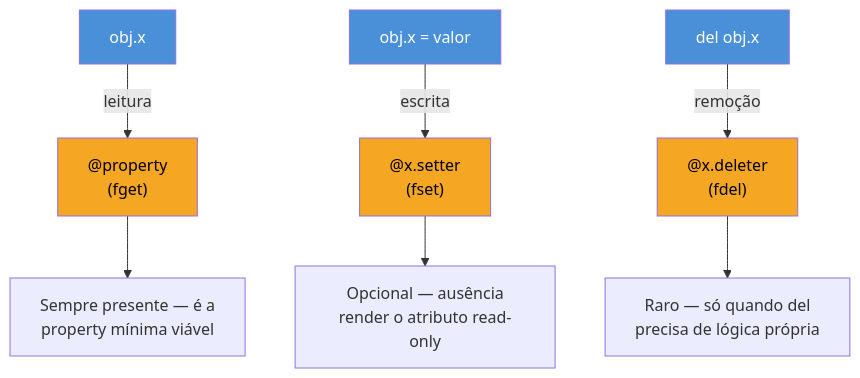
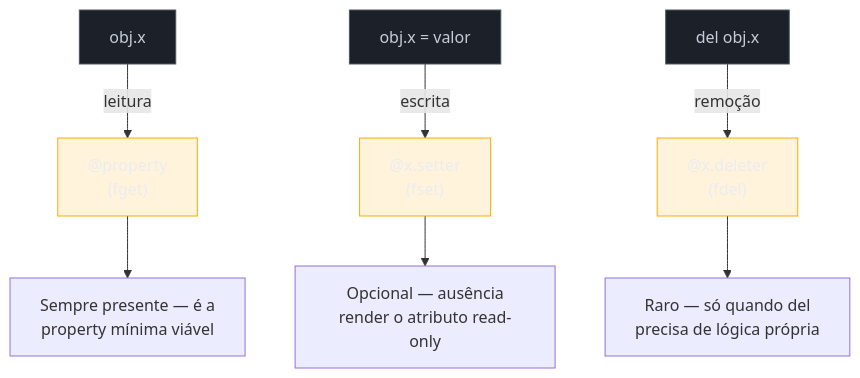
One commit to josenaldo/codex-technomanticus changed the second of 3 diagrams in 03-Dominios/Tecnologia/Python/OO e Data Model/04 - Properties e encapsulamento.md. Above: the diagram before and after it, drawn with Mermaid. The commit also changed other lines of this file and 1181 other files, not shown here.

First line of the commit message:
fix(diagramas): paleta do sistema no lugar de cor cravada no markdown

````diff
--- a/03-Dominios/Tecnologia/Python/OO e Data Model/04 - Properties e encapsulamento.md
+++ b/03-Dominios/Tecnologia/Python/OO e Data Model/04 - Properties e encapsulamento.md
@@ -246,17 +248,19 @@
 ```mermaid
 flowchart TB
+    classDef neutro fill:#1B2029,stroke:#4E5666,color:#C6CCD8
+    classDef destaque fill:#FFAA0024,stroke:#FFAA00,color:#E9ECF2
     A["obj.x"] -->|"leitura"| B["@property\n(fget)"]
     C["obj.x = valor"] -->|"escrita"| D["@x.setter\n(fset)"]
     E["del obj.x"] -->|"remoção"| F["@x.deleter\n(fdel)"]
 
     B --> G["Sempre presente — é a\nproperty mínima viável"]
     D --> H["Opcional — ausência\nrender o atributo read-only"]
     F --> I["Raro — só quando del\nprecisa de lógica própria"]
 
-    style A fill:#4A90D9,color:#fff
-    style C fill:#4A90D9,color:#fff
-    style E fill:#4A90D9,color:#fff
-    style B fill:#F5A623,color:#000
-    style D fill:#F5A623,color:#000
-    style F fill:#F5A623,color:#000
+    class A neutro
+    class C neutro
+    class E neutro
+    class B destaque
+    class D destaque
+    class F destaque
 ```
````
